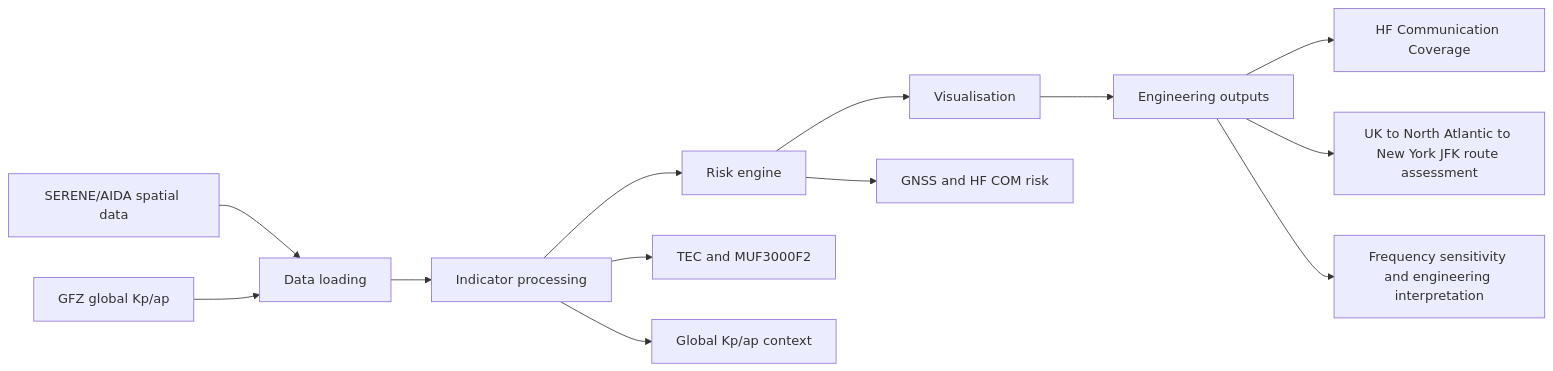
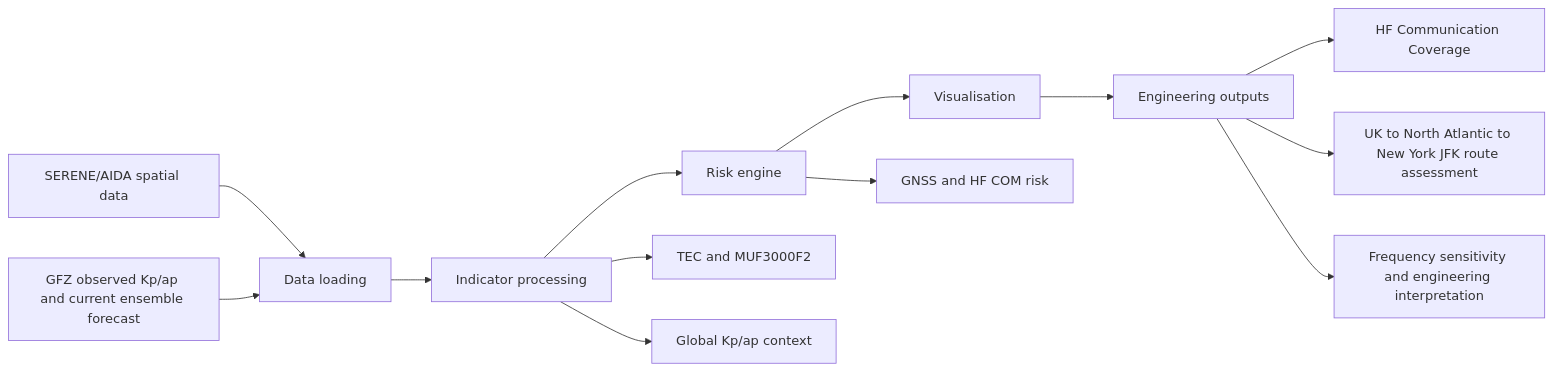
One commit to ylianxin2003-droid/8.16-optim changed the diagram in streamlit_cloud_github/README.md. Above: the diagram before and after it, drawn with Mermaid. The commit also changed other lines of this file and 1 other file, not shown here.

Commit message:
docs: explain Kp forecast and backtesting evidence

````diff
--- a/streamlit_cloud_github/README.md
+++ b/streamlit_cloud_github/README.md
@@ -29,16 +31,16 @@
 ```mermaid
 flowchart LR
     A["SERENE/AIDA spatial data"] --> B["Data loading"]
-    G["GFZ global Kp/ap"] --> B
+    G["GFZ observed Kp/ap and current ensemble forecast"] --> B
     B --> C["Indicator processing"]
     C --> D["Risk engine"]
     D --> E["Visualisation"]
     E --> F["Engineering outputs"]
 
     C --> C1["TEC and MUF3000F2"]
     C --> C2["Global Kp/ap context"]
     D --> D1["GNSS and HF COM risk"]
     F --> F1["HF Communication Coverage"]
     F --> F2["UK to North Atlantic to New York JFK route assessment"]
     F --> F3["Frequency sensitivity and engineering interpretation"]
 ```
````
